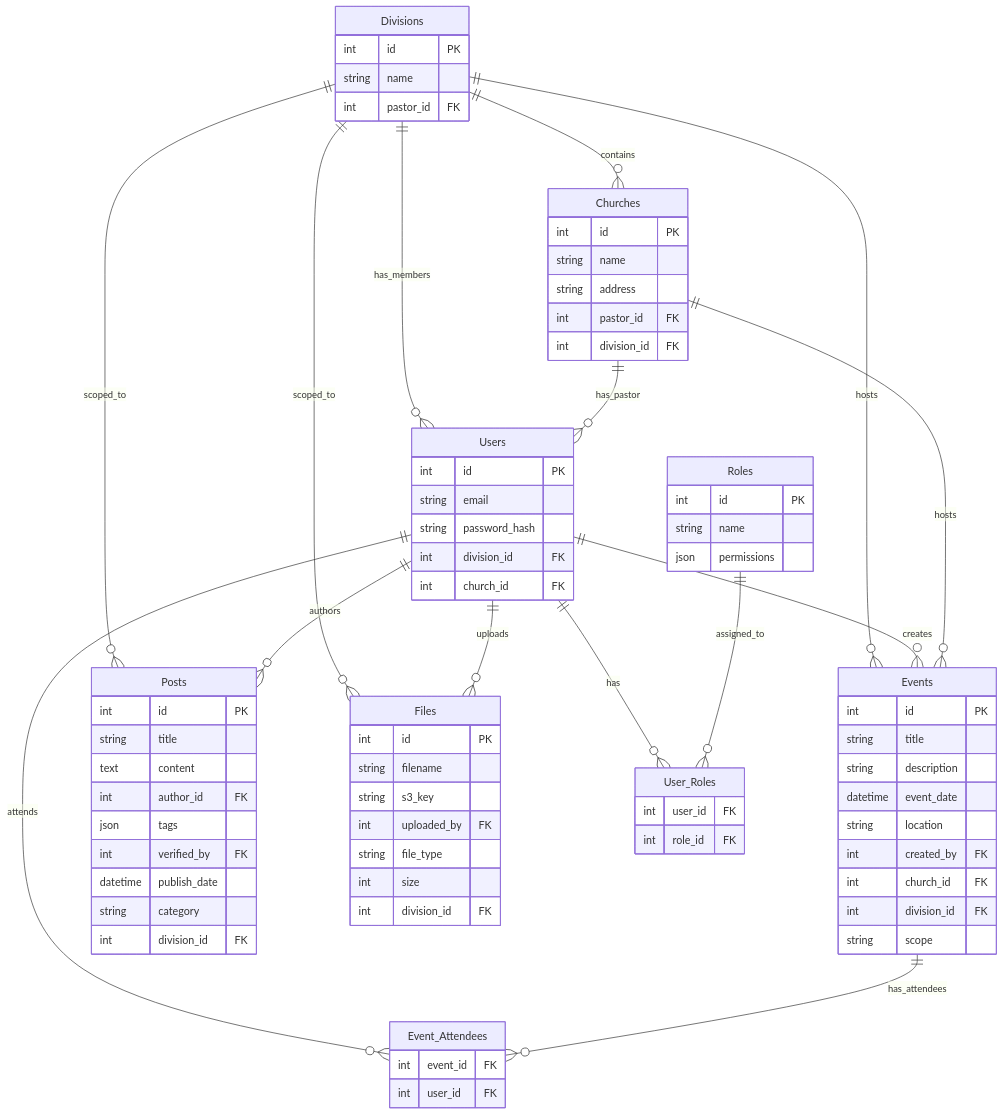
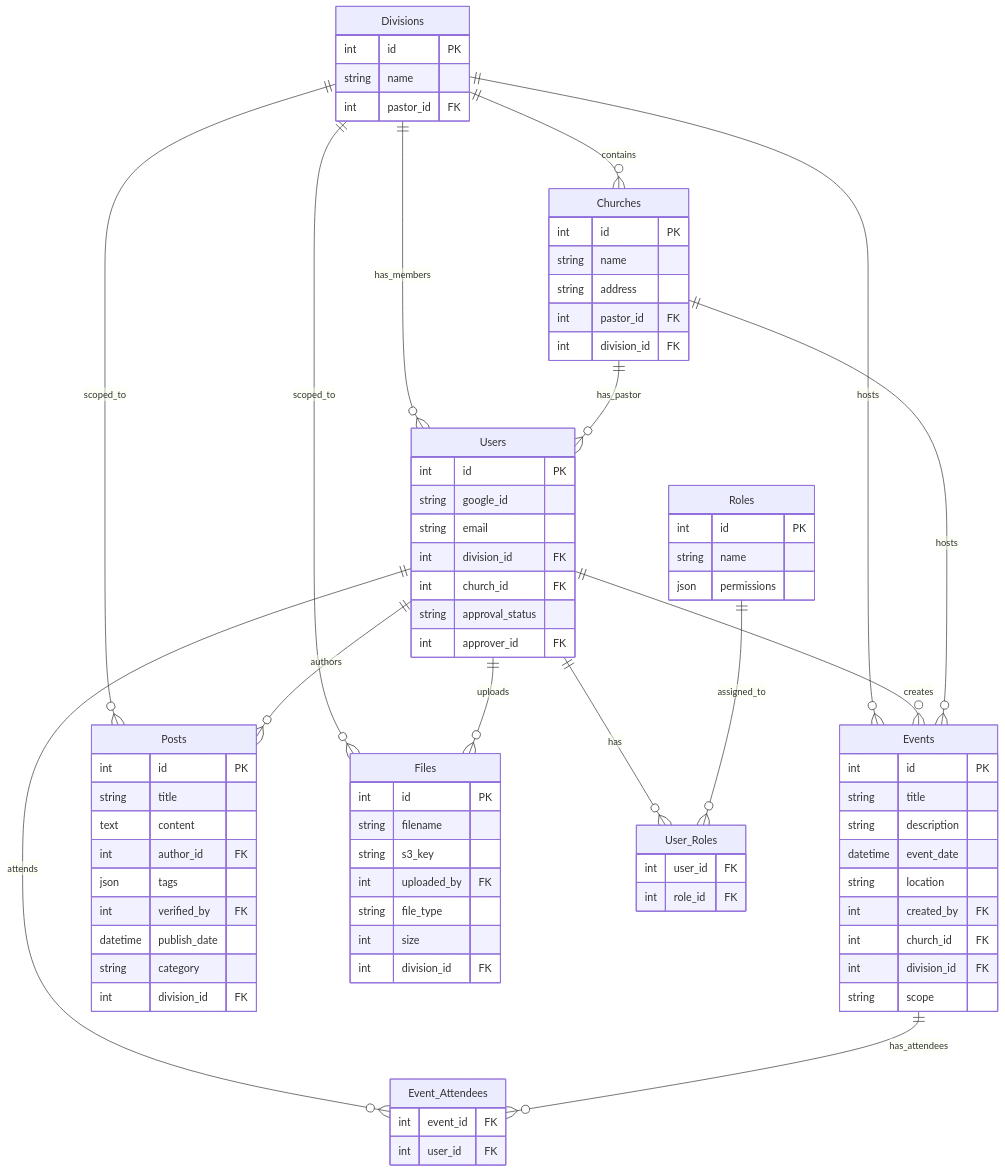
Before and after one commit to Danncode10/Nueva-Vizcaya-SDA-Website: the sixth of 10 diagrams in docs/DannFramework_docs/Phase 4: System Modeling (UML).md, drawn with Mermaid. The commit also changed other lines of this file and 2 other files, not shown here.

First line of the commit message:
docs(approval): clarify admin-only approval for pastor role applications

```diff
--- a/docs/DannFramework_docs/Phase 4: System Modeling (UML).md
+++ b/docs/DannFramework_docs/Phase 4: System Modeling (UML).md
@@ -140,10 +181,12 @@
 
     Users {
         int id PK
+        string google_id
         string email
-        string password_hash
         int division_id FK
         int church_id FK
+        string approval_status
+        int approver_id FK
     }
 
     Churches {
```
